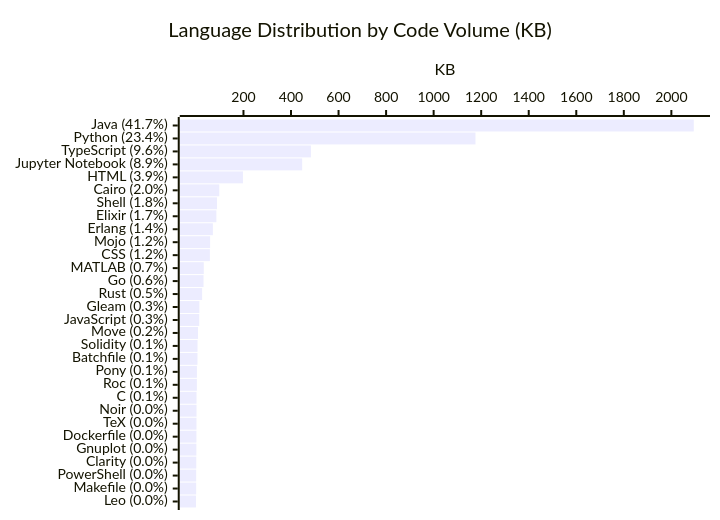
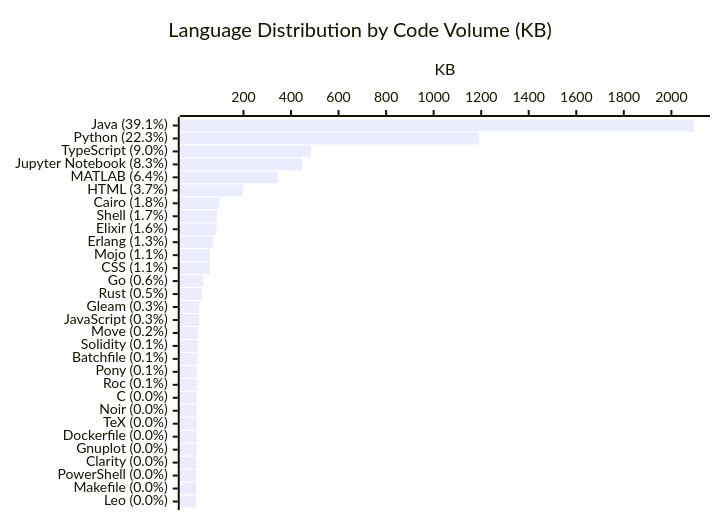
The diagram in profile/README.md (KathiraveluLab/.github), drawn with Mermaid before and after one commit. The commit also changed other lines of this file and 1 other file, not shown here.

````diff
--- a/profile/README.md
+++ b/profile/README.md
@@ -64,7 +64,7 @@
 ```mermaid
 xychart-beta horizontal
     title "Language Distribution by Code Volume (KB)"
-    x-axis ["Java (41.7%)", "Python (23.4%)", "TypeScript (9.6%)", "Jupyter Notebook (8.9%)", "HTML (3.9%)", "Cairo (2.0%)", "Shell (1.8%)", "Elixir (1.7%)", "Erlang (1.4%)", "Mojo (1.2%)", "CSS (1.2%)", "MATLAB (0.7%)", "Go (0.6%)", "Rust (0.5%)", "Gleam (0.3%)", "JavaScript (0.3%)", "Move (0.2%)", "Solidity (0.1%)", "Batchfile (0.1%)", "Pony (0.1%)", "Roc (0.1%)", "C (0.1%)", "Noir (0.0%)", "TeX (0.0%)", "Dockerfile (0.0%)", "Gnuplot (0.0%)", "Clarity (0.0%)", "PowerShell (0.0%)", "Makefile (0.0%)", "Leo (0.0%)"]
+    x-axis ["Java (39.1%)", "Python (22.3%)", "TypeScript (9.0%)", "Jupyter Notebook (8.3%)", "MATLAB (6.4%)", "HTML (3.7%)", "Cairo (1.8%)", "Shell (1.7%)", "Elixir (1.6%)", "Erlang (1.3%)", "Mojo (1.1%)", "CSS (1.1%)", "Go (0.6%)", "Rust (0.5%)", "Gleam (0.3%)", "JavaScript (0.3%)", "Move (0.2%)", "Solidity (0.1%)", "Batchfile (0.1%)", "Pony (0.1%)", "Roc (0.1%)", "C (0.0%)", "Noir (0.0%)", "TeX (0.0%)", "Dockerfile (0.0%)", "Gnuplot (0.0%)", "Clarity (0.0%)", "PowerShell (0.0%)", "Makefile (0.0%)", "Leo (0.0%)"]
     y-axis "KB"
-    bar [2094.22, 1176.08, 483.75, 446.9, 197.81, 98.21, 88.61, 85.96, 71.37, 59.84, 58.73, 33.04, 32.03, 26.08, 14.6, 13.89, 8.83, 6.65, 6.48, 4.14, 4.09, 2.58, 2.46, 2.29, 2.01, 1.82, 1.53, 1.02, 0.99, 0.27]
+    bar [2094.22, 1191.83, 483.75, 446.9, 343.93, 197.81, 98.21, 88.6, 85.96, 71.37, 59.84, 58.73, 32.03, 26.08, 14.6, 13.89, 8.83, 6.65, 6.48, 4.14, 4.09, 2.58, 2.46, 2.29, 2.01, 1.82, 1.53, 1.02, 0.99, 0.27]
 ```
````
